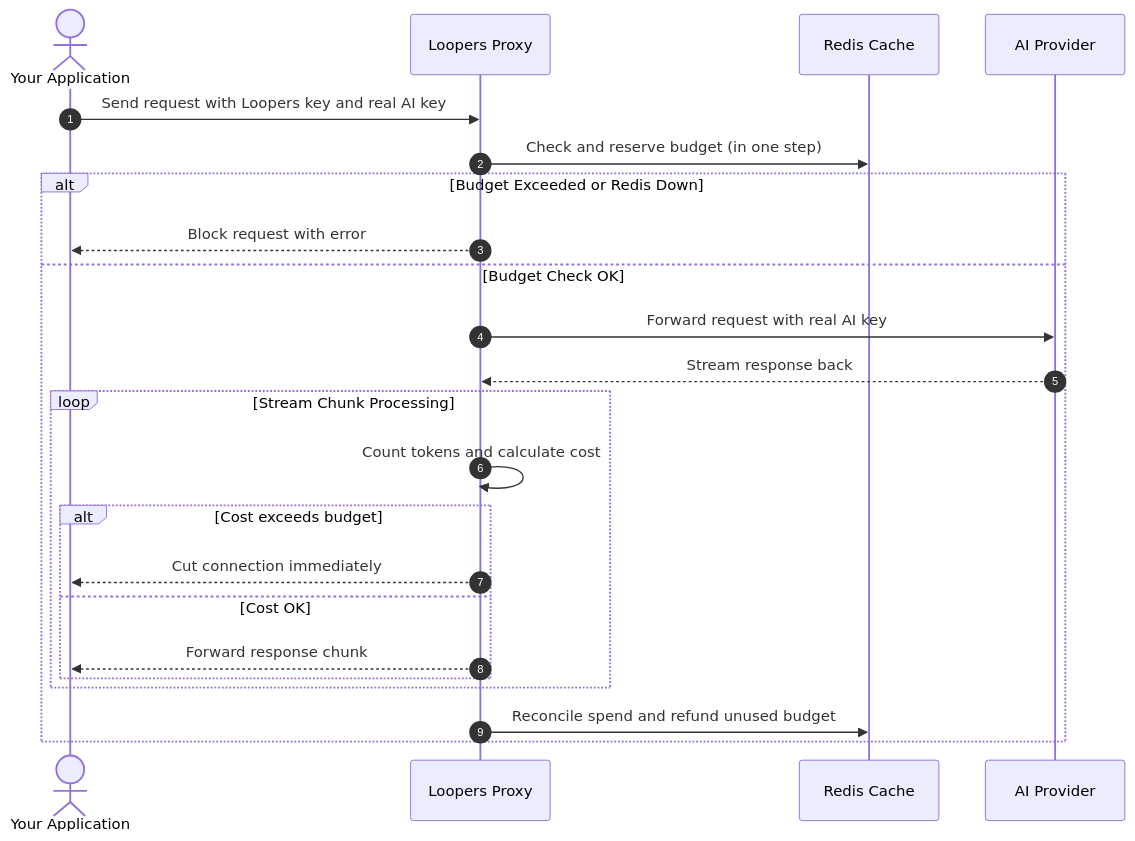
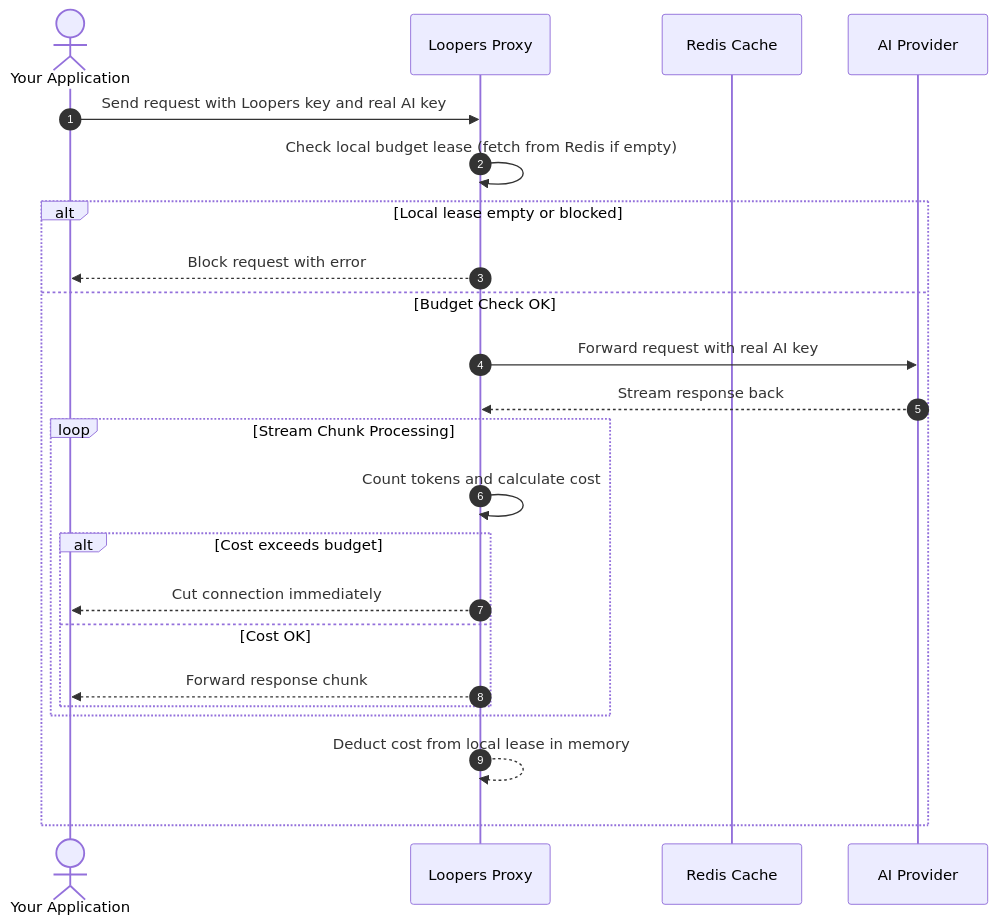
Before and after one commit to CURSED-ME/loopers-oss: the diagram in Documentation/docs/architecture.md, drawn with Mermaid. The commit also changed other lines of this file and 16 other files, not shown here.

````diff
--- a/Documentation/docs/architecture.md
+++ b/Documentation/docs/architecture.md
@@ -27,26 +27,26 @@
 ```mermaid
 sequenceDiagram
     autonumber
     actor Client as Your Application
     participant Proxy as Loopers Proxy
     participant Redis as Redis Cache
     participant LLM as AI Provider
 
     Client->>Proxy: Send request with Loopers key and real AI key
-    Proxy->>Redis: Check and reserve budget (in one step)
-    alt Budget Exceeded or Redis Down
+    Proxy->>Proxy: Check local budget lease (fetch from Redis if empty)
+    alt Local lease empty or blocked
         Proxy-->>Client: Block request with error
     else Budget Check OK
         Proxy->>LLM: Forward request with real AI key
         LLM-->>Proxy: Stream response back
         Loop Stream Chunk Processing
             Proxy->>Proxy: Count tokens and calculate cost
             alt Cost exceeds budget
                 Proxy-->>Client: Cut connection immediately
             else Cost OK
                 Proxy-->>Client: Forward response chunk
             end
         end
-        Proxy->>Redis: Reconcile spend and refund unused budget
+        Proxy-->>Proxy: Deduct cost from local lease in memory
     end
 ```
````
